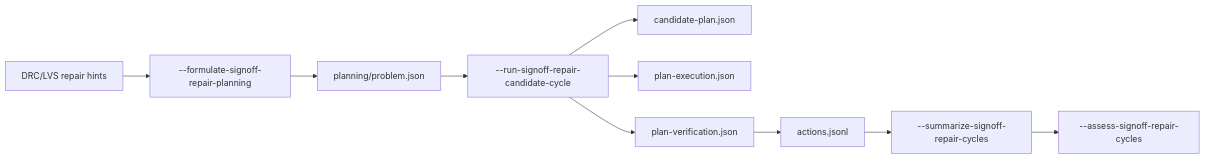
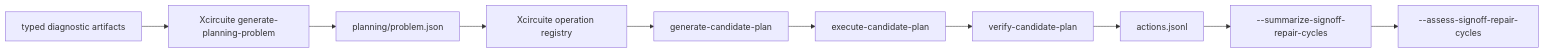
One commit to 1amageek/circuit-studio changed the third of 3 diagrams in docs/cli-contract.md. Above: the diagram before and after it, drawn with Mermaid. The commit also changed other lines of this file and 106 other files, not shown here.

````diff
--- a/docs/cli-contract.md
+++ b/docs/cli-contract.md
@@ -154,12 +154,12 @@
 ```mermaid
 flowchart LR
-  Hints["DRC/LVS repair hints"] --> Formulate["--formulate-signoff-repair-planning"]
-  Formulate --> Problem["planning/problem.json"]
-  Problem --> Cycle["--run-signoff-repair-candidate-cycle"]
-  Cycle --> Plan["candidate-plan.json"]
-  Cycle --> Execute["plan-execution.json"]
-  Cycle --> Verify["plan-verification.json"]
+  Hints["typed diagnostic artifacts"] --> Translate["Xcircuite generate-planning-problem"]
+  Translate --> Problem["planning/problem.json"]
+  Problem --> Registry["Xcircuite operation registry"]
+  Registry --> Plan["generate-candidate-plan"]
+  Plan --> Execute["execute-candidate-plan"]
+  Execute --> Verify["verify-candidate-plan"]
   Verify --> Ledger["actions.jsonl"]
   Ledger --> History["--summarize-signoff-repair-cycles"]
   History --> Assess["--assess-signoff-repair-cycles"]
 ```
````
